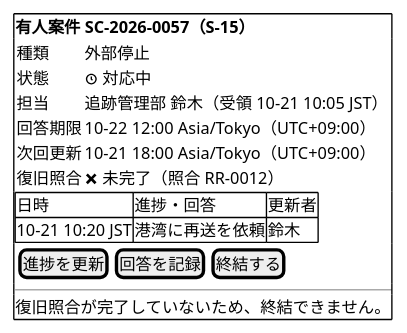
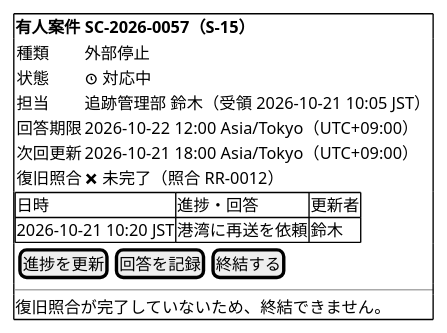
Before and after one commit to k2works/practical-domain-driven-design-in-enterpris-application: diagram 20 of 21 in docs/design/cargo-tracker/ui_design.md, drawn with PlantUML. The commit also changed other lines of this file and 25 other files, not shown here.

````diff
--- a/docs/design/cargo-tracker/ui_design.md
+++ b/docs/design/cargo-tracker/ui_design.md
@@ -494,22 +699,22 @@
 ```plantuml
 @startsalt
 {+
   <b>有人案件 SC-2026-0057（S-15）
   {
     種類 | 外部停止
     状態 | <&clock> 対応中
-    担当 | 追跡管理部 鈴木（受領 10-21 10:05 JST）
-    回答期限 | 10-22 12:00 Asia/Tokyo（UTC+09:00）
-    次回更新 | 10-21 18:00 Asia/Tokyo（UTC+09:00）
+    担当 | 追跡管理部 鈴木（受領 2026-10-21 10:05 JST）
+    回答期限 | 2026-10-22 12:00 Asia/Tokyo（UTC+09:00）
+    次回更新 | 2026-10-21 18:00 Asia/Tokyo（UTC+09:00）
     復旧照合 | <&x> 未完了（照合 RR-0012）
   }
   {#
     日時 | 進捗・回答 | 更新者
-    10-21 10:20 JST | 港湾に再送を依頼 | 鈴木
+    2026-10-21 10:20 JST | 港湾に再送を依頼 | 鈴木
   }
   { [ 進捗を更新 ] | [ 回答を記録 ] | [ 終結する ] }
   ---
   復旧照合が完了していないため、終結できません。
 }
 @endsalt
 ```
````
